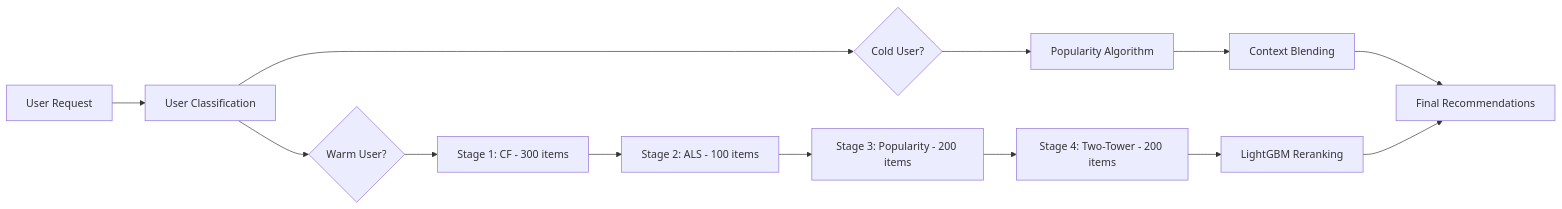
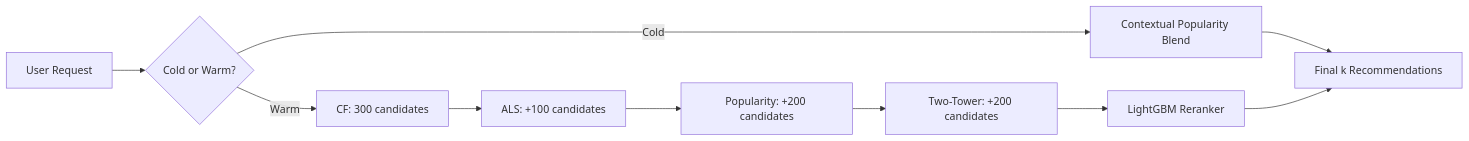
The third of 3 diagrams in docs/architecture/README.md (cool-machine/hybrid-recommendation-system), drawn with Mermaid before and after one commit. The commit also changed other lines of this file and 9 other files, not shown here.

````diff
--- a/docs/architecture/README.md
+++ b/docs/architecture/README.md
@@ -93,18 +80,14 @@
 ```mermaid
 graph LR
-    Input[User Request] --> Classify[User Classification]
-    Classify --> Cold{Cold User?}
-    Classify --> Warm{Warm User?}
+    Input[User Request] --> Classify{Cold or Warm?}
     
-    Cold --> PopAlg[Popularity Algorithm]
-    PopAlg --> Context[Context Blending]
+    Classify -->|Cold| PopBlend[Contextual Popularity Blend]
+    PopBlend --> Output[Final k Recommendations]
     
-    Warm --> Stage1[Stage 1: CF - 300 items]
-    Stage1 --> Stage2[Stage 2: ALS - 100 items]
-    Stage2 --> Stage3[Stage 3: Popularity - 200 items]
-    Stage3 --> Stage4[Stage 4: Two-Tower - 200 items]
-    Stage4 --> Rerank[LightGBM Reranking]
-    
-    Context --> Output[Final Recommendations]
+    Classify -->|Warm| CF[CF: 300 candidates]
+    CF --> ALS[ALS: +100 candidates]
+    ALS --> Pop[Popularity: +200 candidates]
+    Pop --> TT[Two-Tower: +200 candidates]
+    TT --> Rerank[LightGBM Reranker]
     Rerank --> Output
 ```
````
